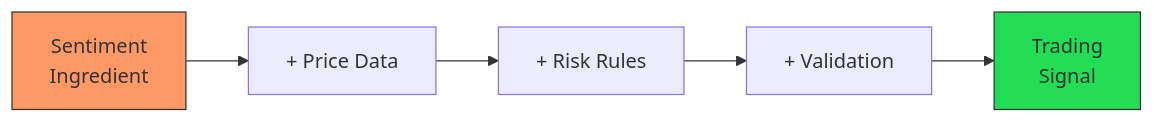
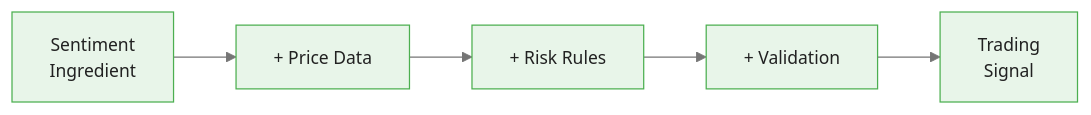
One commit to m-deane/course-creator changed the first of 5 diagrams in courses/genai-commodities/modules/module_03_sentiment/guides/03_signal_construction_slides.md. Above: the diagram before and after it, drawn with Mermaid. The commit also changed other lines of this file and 84 other files, not shown here.

````diff
--- a/courses/genai-commodities/modules/module_03_sentiment/guides/03_signal_construction_slides.md
+++ b/courses/genai-commodities/modules/module_03_sentiment/guides/03_signal_construction_slides.md
@@ -30,10 +30,8 @@
 ```mermaid
+%%{init: {"theme": "base", "themeVariables": {"primaryColor": "#e8f5e9", "primaryBorderColor": "#4caf50", "primaryTextColor": "#212121", "secondaryColor": "#e3f2fd", "tertiaryColor": "#fff8e1", "lineColor": "#757575", "fontFamily": "Inter, sans-serif", "fontSize": "14px"}}}%%
 flowchart LR
     A[Sentiment<br/>Ingredient] --> B[+ Price Data]
     B --> C[+ Risk Rules]
     C --> D[+ Validation]
     D --> E[Trading<br/>Signal]
-
-    style A fill:#f96,stroke:#333
-    style E fill:#2d5,stroke:#333
 ```
````
